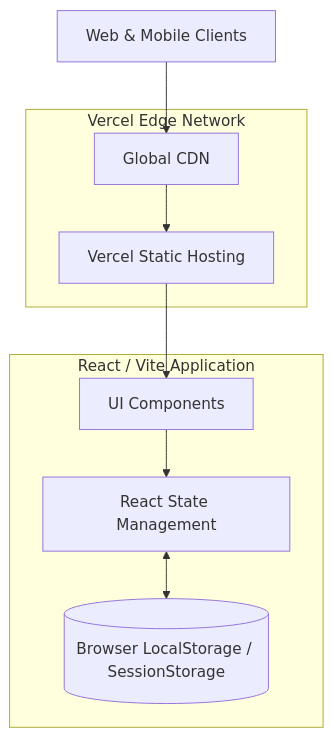
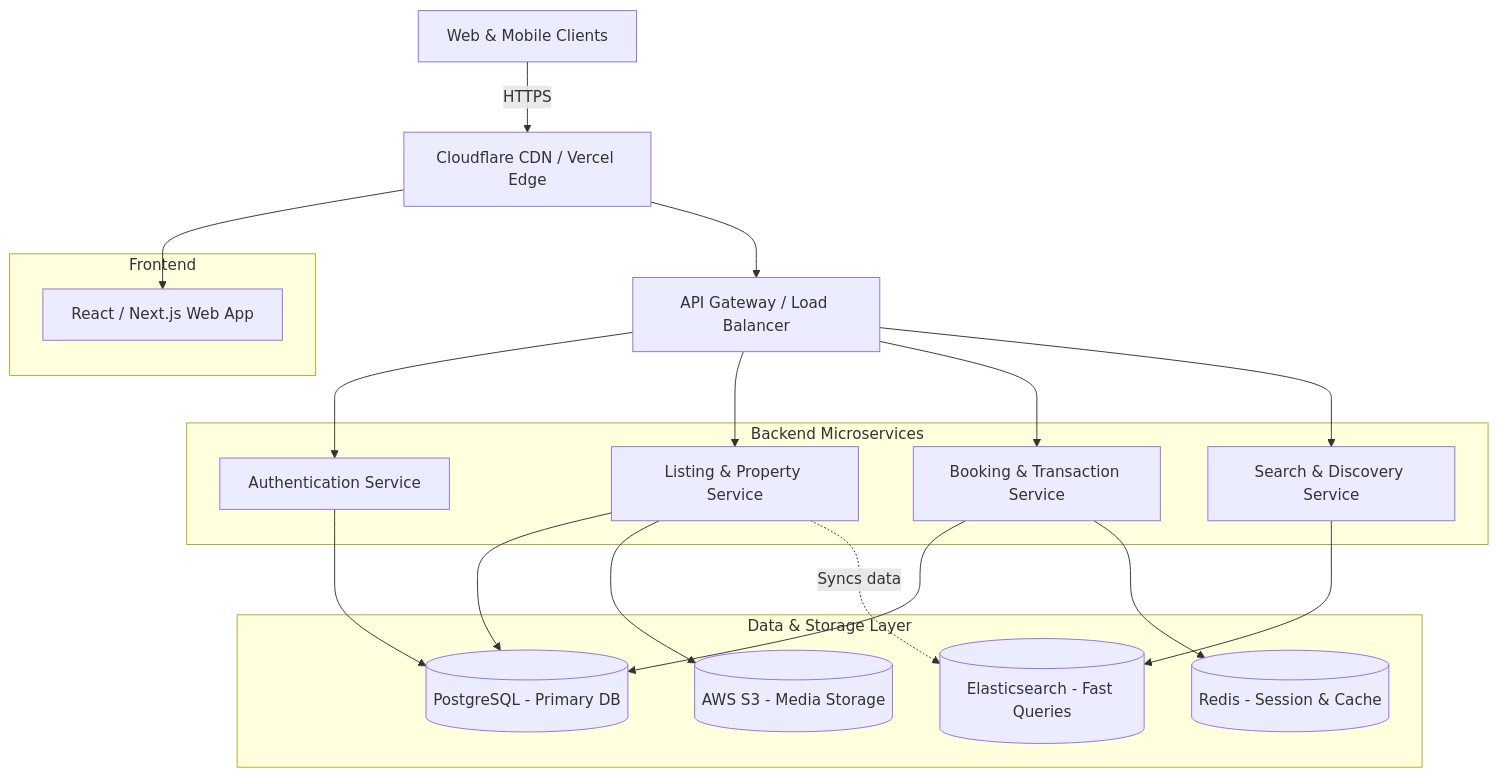
One commit to kirtanpatel2201/Airbnb-clone changed the diagram in architecture_diagram.md. Above: the diagram before and after it, drawn with Mermaid. The commit also changed other lines of this file and 1 other file, not shown here.

Commit message:
Update architecture to full production scale and add AI agent rules

````diff
--- a/architecture_diagram.md
+++ b/architecture_diagram.md
@@ -58,26 +9,49 @@
 ```mermaid
 graph TD
-    %% Clients
+    %% Clients & CDN
     Client[Web & Mobile Clients]
+    CDN[Cloudflare CDN / Vercel Edge]
     
-    %% Edge & Deployment
-    subgraph Vercel Edge Network
-        CDN[Global CDN]
-        Hosting[Vercel Static Hosting]
+    %% API Gateway & Load Balancing
+    Gateway[API Gateway / Load Balancer]
+    
+    %% Frontend Services
+    subgraph Frontend
+        WebUI[React / Next.js Web App]
     end
     
-    %% Frontend App
-    subgraph React / Vite Application
-        UI[UI Components]
-        State[React State Management]
-        LocalStore[(Browser LocalStorage / SessionStorage)]
+    %% Microservices
+    subgraph Backend Microservices
+        AuthService[Authentication Service]
+        PropertyService[Listing & Property Service]
+        BookingService[Booking & Transaction Service]
+        SearchService[Search & Discovery Service]
     end
-
-    %% Flow
-    Client --> CDN
-    CDN --> Hosting
-    Hosting --> UI
     
-    UI --> State
-    State <--> LocalStore
+    %% Storage Layer
+    subgraph Data & Storage Layer
+        MainDB[(PostgreSQL - Primary DB)]
+        Cache[(Redis - Session & Cache)]
+        SearchIndex[(Elasticsearch - Fast Queries)]
+        ObjectStore[(AWS S3 - Media Storage)]
+    end
+    
+    %% Data Flow
+    Client -->|HTTPS| CDN
+    CDN --> WebUI
+    CDN --> Gateway
+    
+    Gateway --> AuthService
+    Gateway --> PropertyService
+    Gateway --> BookingService
+    Gateway --> SearchService
+    
+    AuthService --> MainDB
+    PropertyService --> MainDB
+    PropertyService --> ObjectStore
+    BookingService --> MainDB
+    BookingService --> Cache
+    
+    SearchService --> SearchIndex
+    PropertyService -.->|Syncs data| SearchIndex
 ```
````
